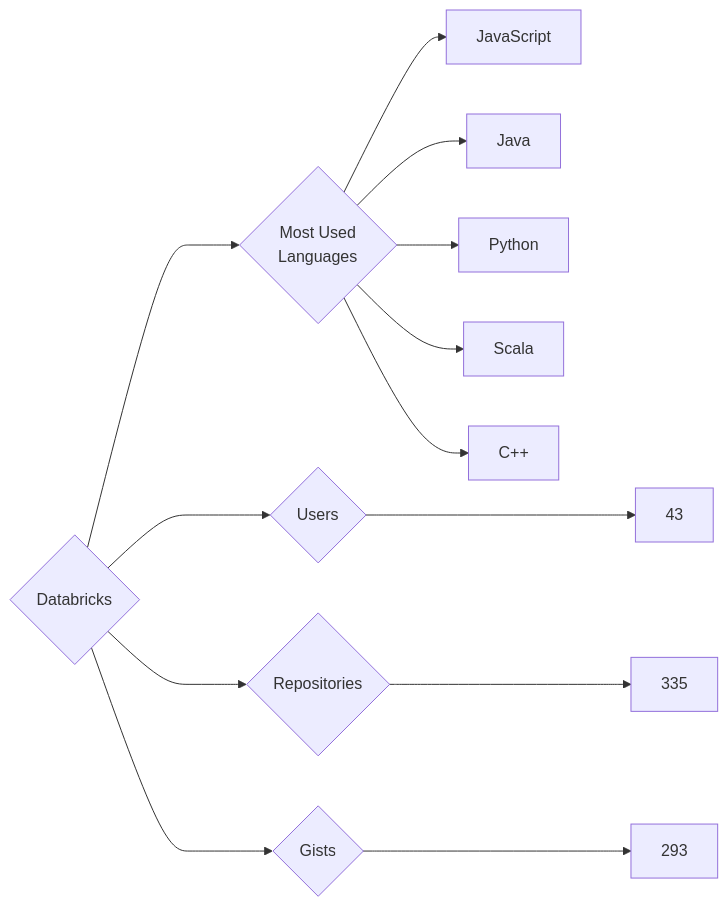
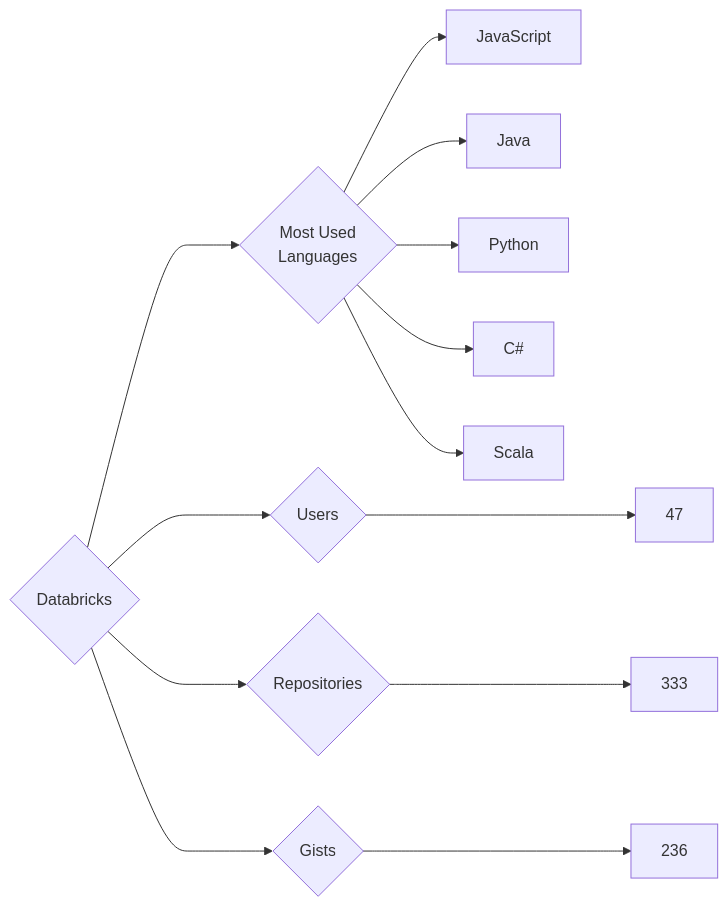
One commit to trickest/insiders changed the diagram in targets/Databricks/README.md. Above: the diagram before and after it, drawn with Mermaid. The commit also changed 965 other files, not shown here.

````diff
--- a/targets/Databricks/README.md
+++ b/targets/Databricks/README.md
@@ -3,13 +3,13 @@
 ```mermaid
 graph LR
 COMPANY_NAME{Databricks}
-COMPANY_NAME ---> U{Users} ---> UN[43]
-COMPANY_NAME ---> R{Repositories} ---> RN[335]
-COMPANY_NAME ---> G{Gists} ---> GN[293]
+COMPANY_NAME ---> U{Users} ---> UN[47]
+COMPANY_NAME ---> R{Repositories} ---> RN[333]
+COMPANY_NAME ---> G{Gists} ---> GN[236]
 COMPANY_NAME ---> ML{Most Used<br>Languages}
 ML --> JavaScript[JavaScript]
 ML --> Java[Java]
 ML --> Python[Python]
+ML --> C#[C#]
 ML --> Scala[Scala]
-ML --> C++[C++]
 ```
````
